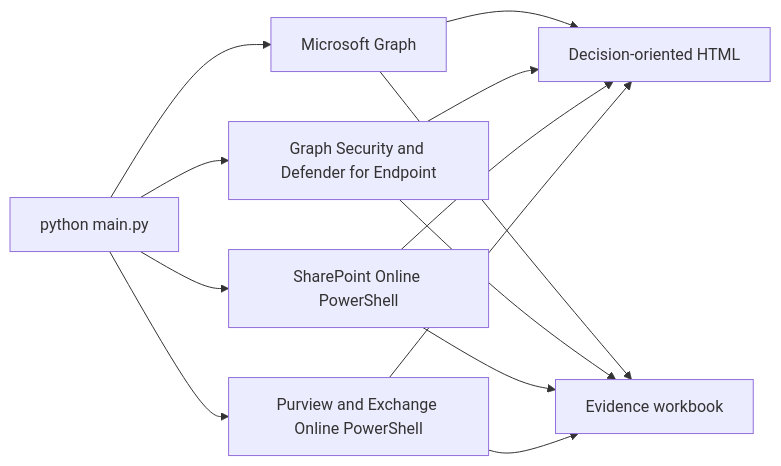
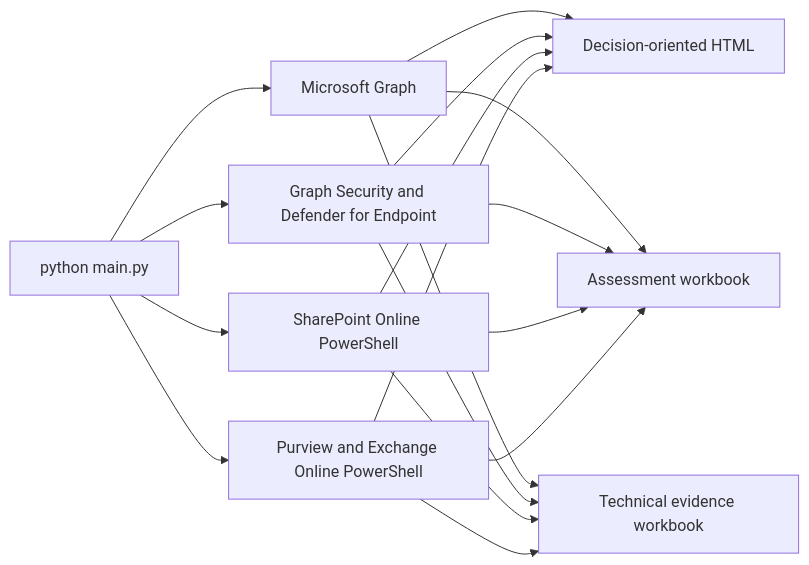
The diagram in README.md (AMedrano117/M365-Copilot-Readiness-Assessment), drawn with Mermaid before and after one commit. The commit also changed other lines of this file and 155 other files, not shown here.

````diff
--- a/README.md
+++ b/README.md
@@ -17,15 +17,19 @@
 ```mermaid
 flowchart LR
     A[python main.py] --> B[Microsoft Graph]
     A --> C[Graph Security and Defender for Endpoint]
     A --> D[SharePoint Online PowerShell]
     A --> E[Purview and Exchange Online PowerShell]
     B --> F[Decision-oriented HTML]
     C --> F
     D --> F
     E --> F
-    B --> G[Evidence workbook]
+    B --> G[Assessment workbook]
+    B --> J[Technical evidence workbook]
     C --> G
     D --> G
     E --> G
+    C --> J
+    D --> J
+    E --> J
 ```
````
